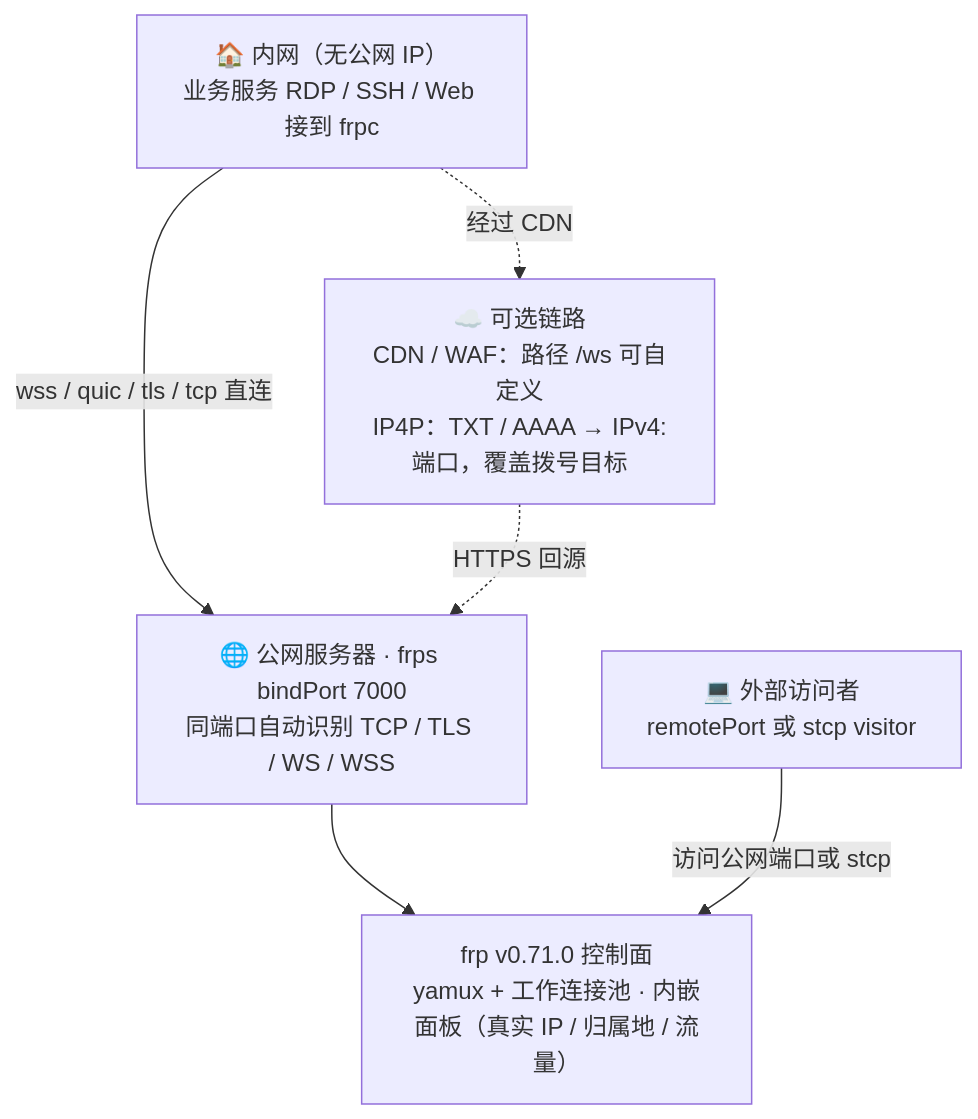
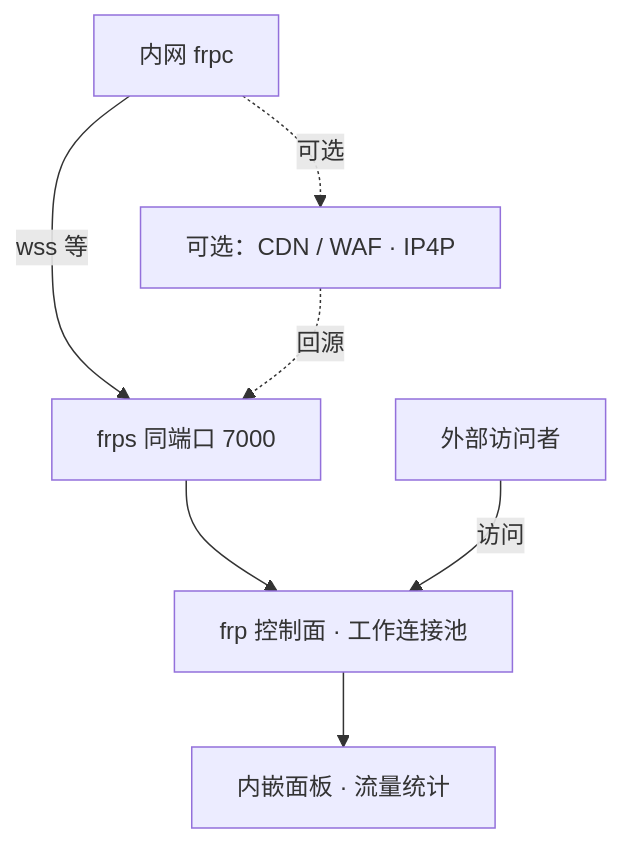
One commit to wengjing086/rust-frp-wss-ip4p changed the first of 3 diagrams in README.md. Above: the diagram before and after it, drawn with Mermaid. The commit also changed other lines of this file, not shown here.

Commit message:
docs(readme): 流程图节点改单行短标签，去掉 br 换行避免文字被截断

````diff
--- a/README.md
+++ b/README.md
@@ -15,14 +15,15 @@
 ```mermaid
 flowchart TB
-  LAN["🏠 内网（无公网 IP）<br/>业务服务 RDP / SSH / Web 接到 frpc"]
-  EDGE["☁️ 可选链路<br/>CDN / WAF：路径 /ws 可自定义<br/>IP4P：TXT / AAAA → IPv4:端口，覆盖拨号目标"]
-  SRV["🌐 公网服务器 · frps bindPort 7000<br/>同端口自动识别 TCP / TLS / WS / WSS"]
-  CORE["frp v0.71.0 控制面<br/>yamux + 工作连接池 · 内嵌面板（真实 IP / 归属地 / 流量）"]
-  USER["💻 外部访问者<br/>remotePort 或 stcp visitor"]
-
-  LAN -->|"wss / quic / tls / tcp 直连"| SRV
-  LAN -.->|"经过 CDN"| EDGE
-  EDGE -.->|"HTTPS 回源"| SRV
+  LAN["内网 frpc"]
+  EDGE["可选：CDN / WAF · IP4P"]
+  SRV["frps 同端口 7000"]
+  CORE["frp 控制面 · 工作连接池"]
+  PANEL["内嵌面板 · 流量统计"]
+  USER["外部访问者"]
+  LAN -->|"wss 等"| SRV
+  LAN -.->|"可选"| EDGE
+  EDGE -.->|"回源"| SRV
   SRV --> CORE
-  USER -->|"访问公网端口或 stcp"| CORE
+  CORE --> PANEL
+  USER -->|"访问"| CORE
 ```
````
